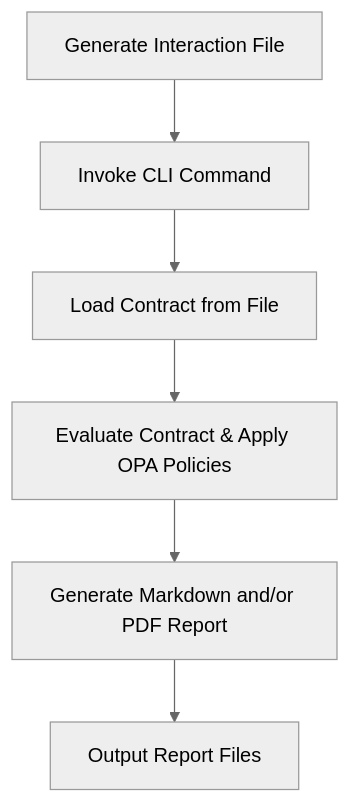
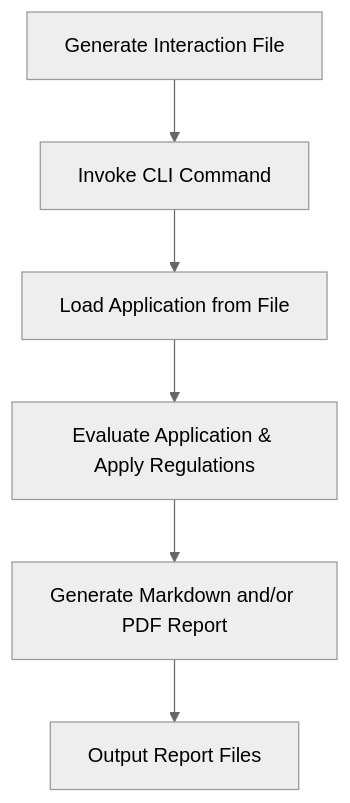
Before and after one commit to Principled-Evolution/aicertify: the first of 2 diagrams in docs/developer_guide.md, drawn with Mermaid (neutral theme). The commit also changed other lines of this file and 35 other files, not shown here.

````diff
--- a/docs/developer_guide.md
+++ b/docs/developer_guide.md
@@ -52,8 +53,8 @@
 ```mermaid
 graph TD
     A[Generate Interaction File] --> B[Invoke CLI Command]
-    B --> C[Load Contract from File]
-    C --> D[Evaluate Contract & Apply OPA Policies]
+    B --> C[Load Application from File]
+    C --> D[Evaluate Application & Apply Regulations]
     D --> E[Generate Markdown and/or PDF Report]
     E --> F[Output Report Files]
 ```
````
